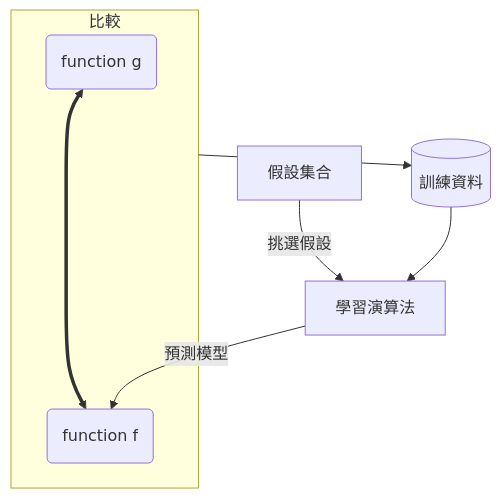
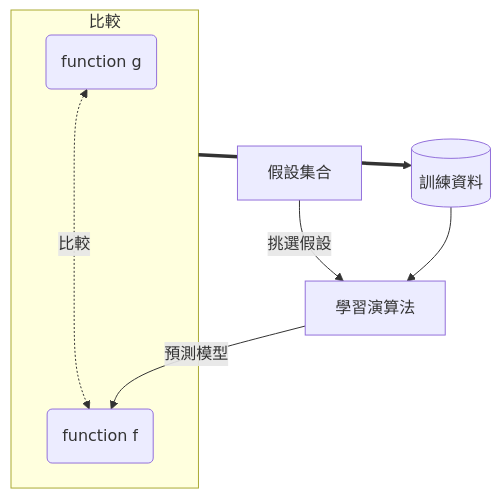
The diagram in note.md (howardyu60211/ai), drawn with Mermaid before and after one commit. The commit also changed other lines of this file, not shown here.

````diff
--- a/note.md
+++ b/note.md
@@ -67,11 +62,12 @@
     ```mermaid
         flowchart TD
             A[假設集合] -->|挑選假設| B[學習演算法]
             
             subgraph 比較
-                C(function g) <==> D(function f)
+                C(function g) <-. 比較 .-> D(function f)
             end
-            B -->|預測模型| D
-            比較 --> E[(訓練資料)]
+            
+            B --預測模型--> D
+            比較 ==> E[(訓練資料)]
             E --> B
     ```
````
